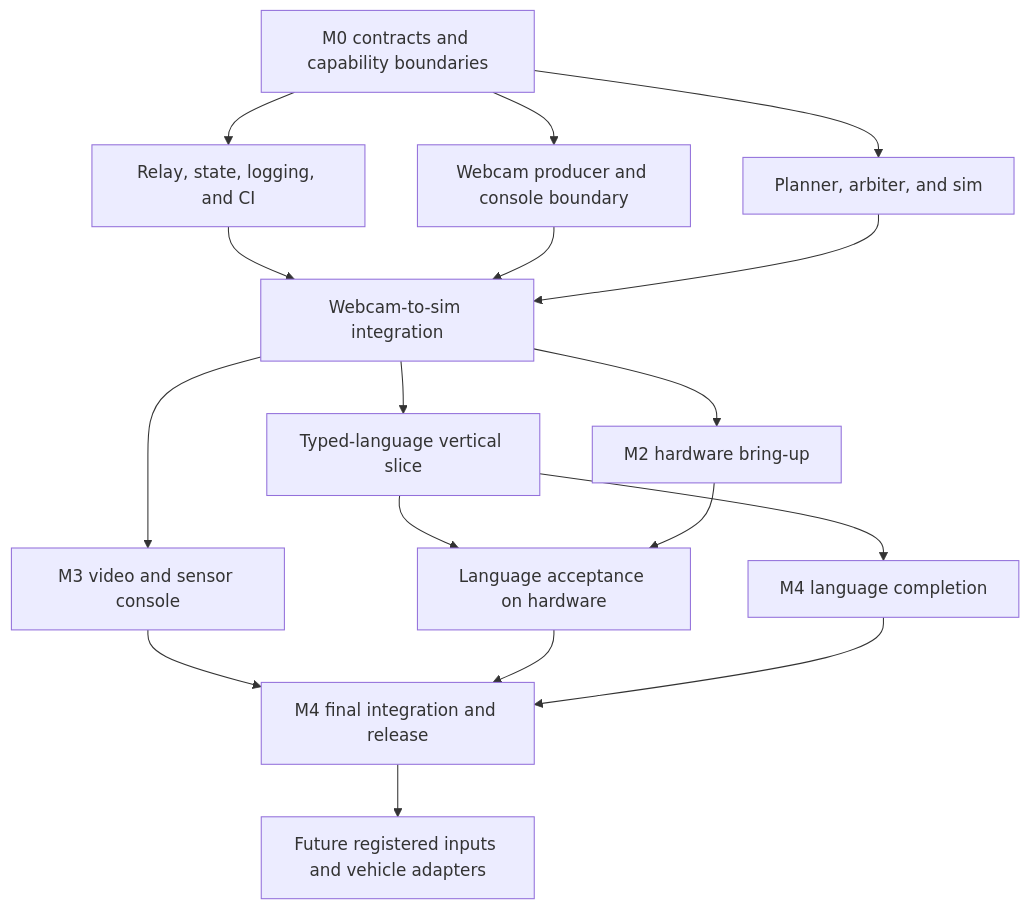
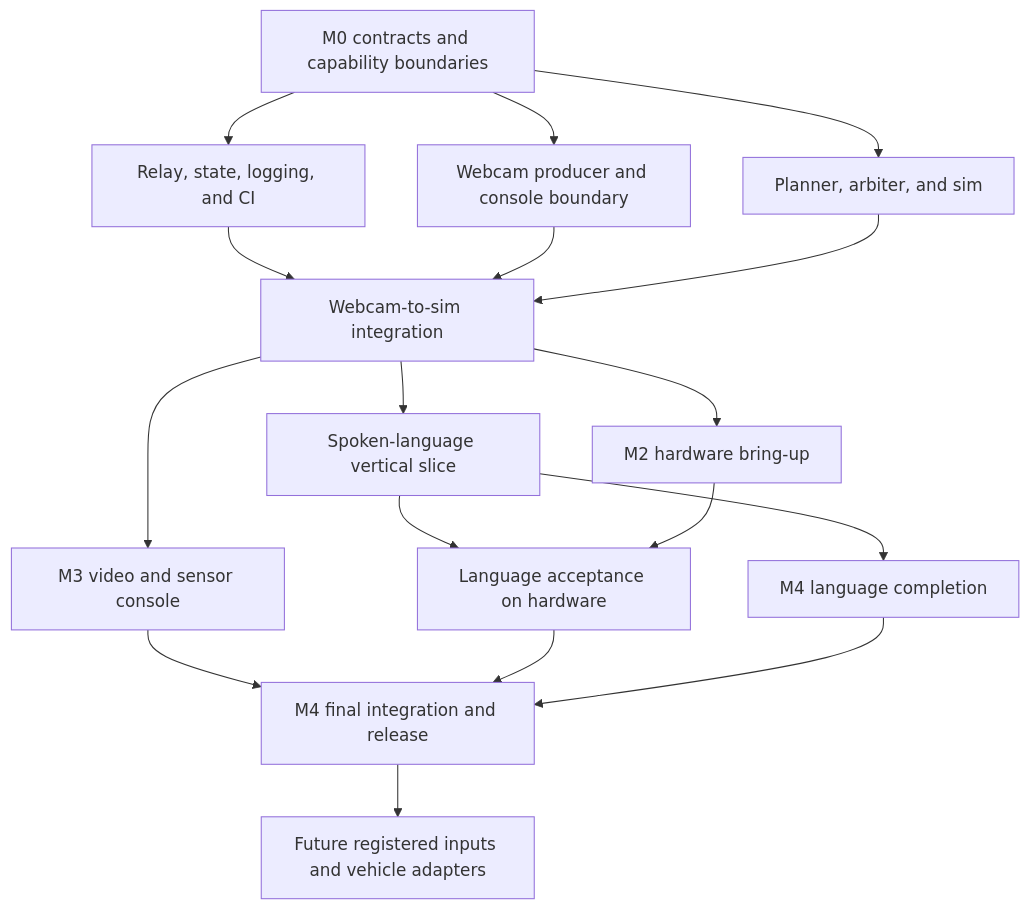
Before and after one commit to worldofhacks/sweep: the diagram in docs/mvp-plan.md, drawn with Mermaid. The commit also changed other lines of this file and 2 other files, not shown here.

Commit message:
docs(prd): make spoken language part of M1

````diff
--- a/docs/mvp-plan.md
+++ b/docs/mvp-plan.md
@@ -26,19 +26,19 @@
 ```mermaid
 flowchart TD
     M0[M0 contracts and capability boundaries] --> C1[Relay, state, logging, and CI]
     M0 --> A1[Webcam producer and console boundary]
     M0 --> B1[Planner, arbiter, and sim]
     C1 --> I1[Webcam-to-sim integration]
     A1 --> I1
     B1 --> I1
-    I1 --> L1[Typed-language vertical slice]
+    I1 --> L1[Spoken-language vertical slice]
     I1 --> H1[M2 hardware bring-up]
     I1 --> V1[M3 video and sensor console]
     L1 --> H2[Language acceptance on hardware]
     H1 --> H2
     L1 --> F1[M4 language completion]
     V1 --> R1[M4 final integration and release]
     H2 --> R1
     F1 --> R1
     R1 --> X1[Future registered inputs and vehicle adapters]
 ```
````
